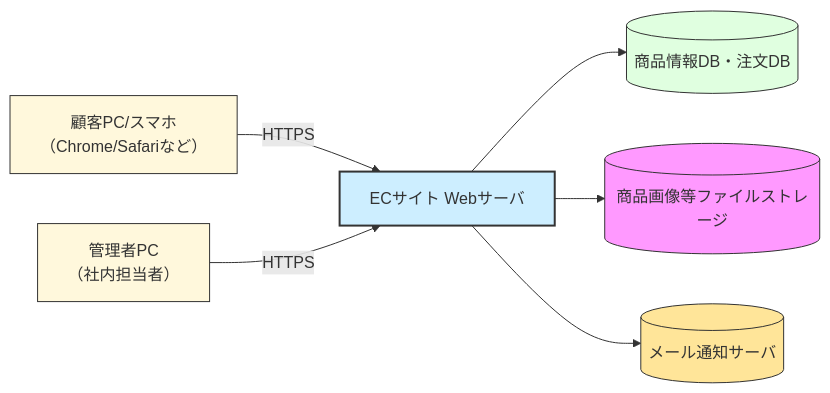
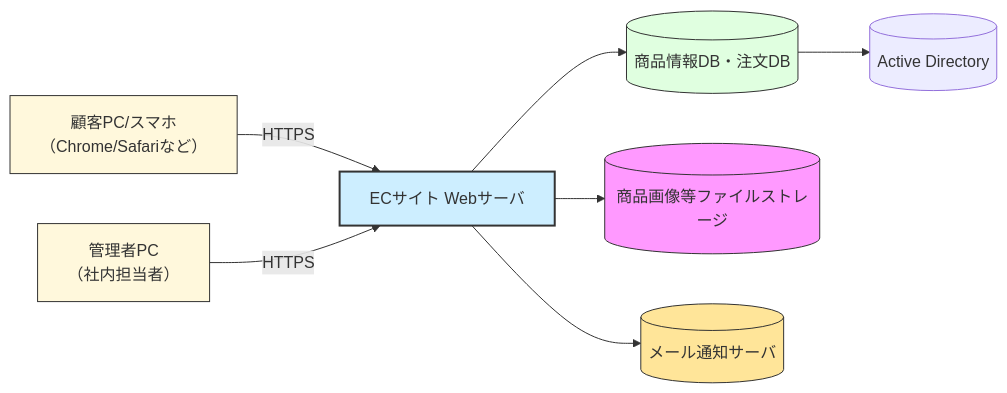
Before and after one commit to natsumiumeda/Jobs: the first of 3 diagrams in 基本設計/基本設計書（壷坂）.md, drawn with Mermaid. The commit also changed other lines of this file, not shown here.

Commit message:
認証システム追加した

```diff
--- a/基本設計/基本設計書（壷坂）.md
+++ b/基本設計/基本設計書（壷坂）.md
@@ -56,15 +56,16 @@
 <div class="mermaid">
 graph LR
     顧客端末[顧客PC/スマホ<br>（Chrome/Safariなど）] -- HTTPS --> ECサーバ[ECサイト Webサーバ]
     管理端末[管理者PC<br>（社内担当者）] -- HTTPS --> ECサーバ
     ECサーバ --> DB[(商品情報DB・注文DB)]
     ECサーバ --> ストレージ[(商品画像等ファイルストレージ)]
     ECサーバ --> メール[(メール通知サーバ)]
+    DB --> 認証システム[(Active Directory)]
  
     style 顧客端末 fill:#fff8dc,stroke:#333
     style 管理端末 fill:#fff8dc,stroke:#333
     style ECサーバ fill:#cdeeff,stroke:#333,stroke-width:2px
     style DB fill:#e0ffe0,stroke:#333
     style ストレージ fill:#f9f,stroke:#333
     style メール fill:#ffe599,stroke:#333
 </div>
```
